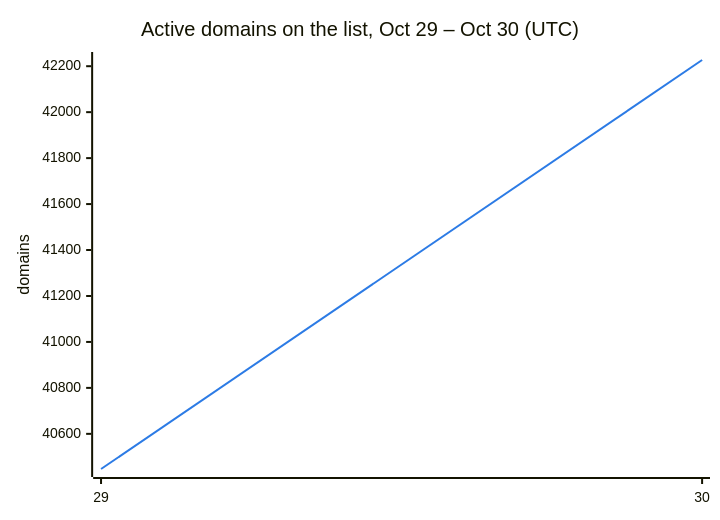
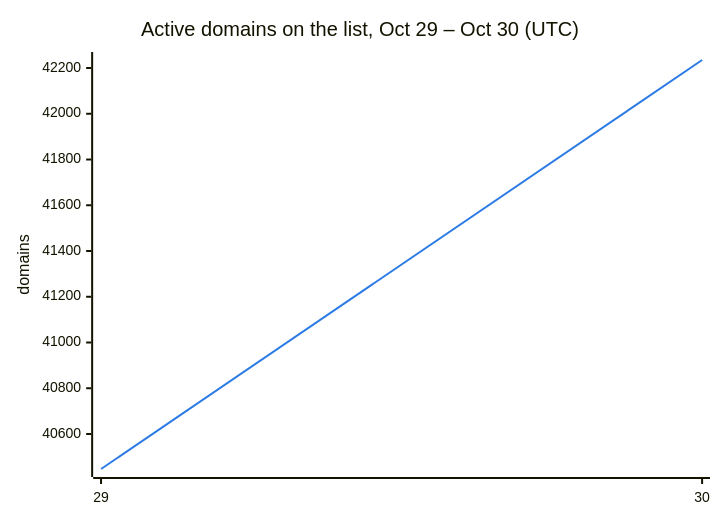
Before and after one commit to DNSBunker/CTI: the second of 3 diagrams in README.md, drawn with Mermaid. The commit also changed other lines of this file and 3 other files, not shown here.

````diff
--- a/README.md
+++ b/README.md
@@ -38,8 +38,8 @@
 ```mermaid
 %%{init: {"themeVariables": {"xyChart": {"plotColorPalette": "#2c7be5"}}}}%%
 xychart-beta
     title "Active domains on the list, Oct 29 – Oct 30 (UTC)"
     x-axis ["29", "30"]
     y-axis "domains"
-    line [40447, 42227]
+    line [40447, 42235]
 ```
````
